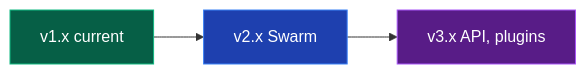
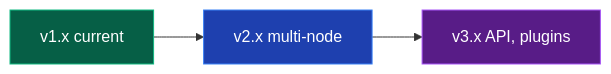
The first of 3 diagrams in doc/roadmap.md (Ketbome/minepanel), drawn with Mermaid before and after one commit. The commit also changed other lines of this file and 1 other file, not shown here.

First line of the commit message:
docs(roadmap): refresh shipped items and plans for v1.13 (#352)

````diff
--- a/doc/roadmap.md
+++ b/doc/roadmap.md
@@ -17,9 +17,9 @@
 ```mermaid
 flowchart LR
-    A["v1.x current"] --> B["v2.x Swarm"]
+    A["v1.x current"] --> B["v2.x multi-node"]
     B --> C["v3.x API, plugins"]
 
     style A fill:#065f46,stroke:#10b981,color:#fff
     style B fill:#1e40af,stroke:#3b82f6,color:#fff
     style C fill:#581c87,stroke:#a855f7,color:#fff
 ```
````
